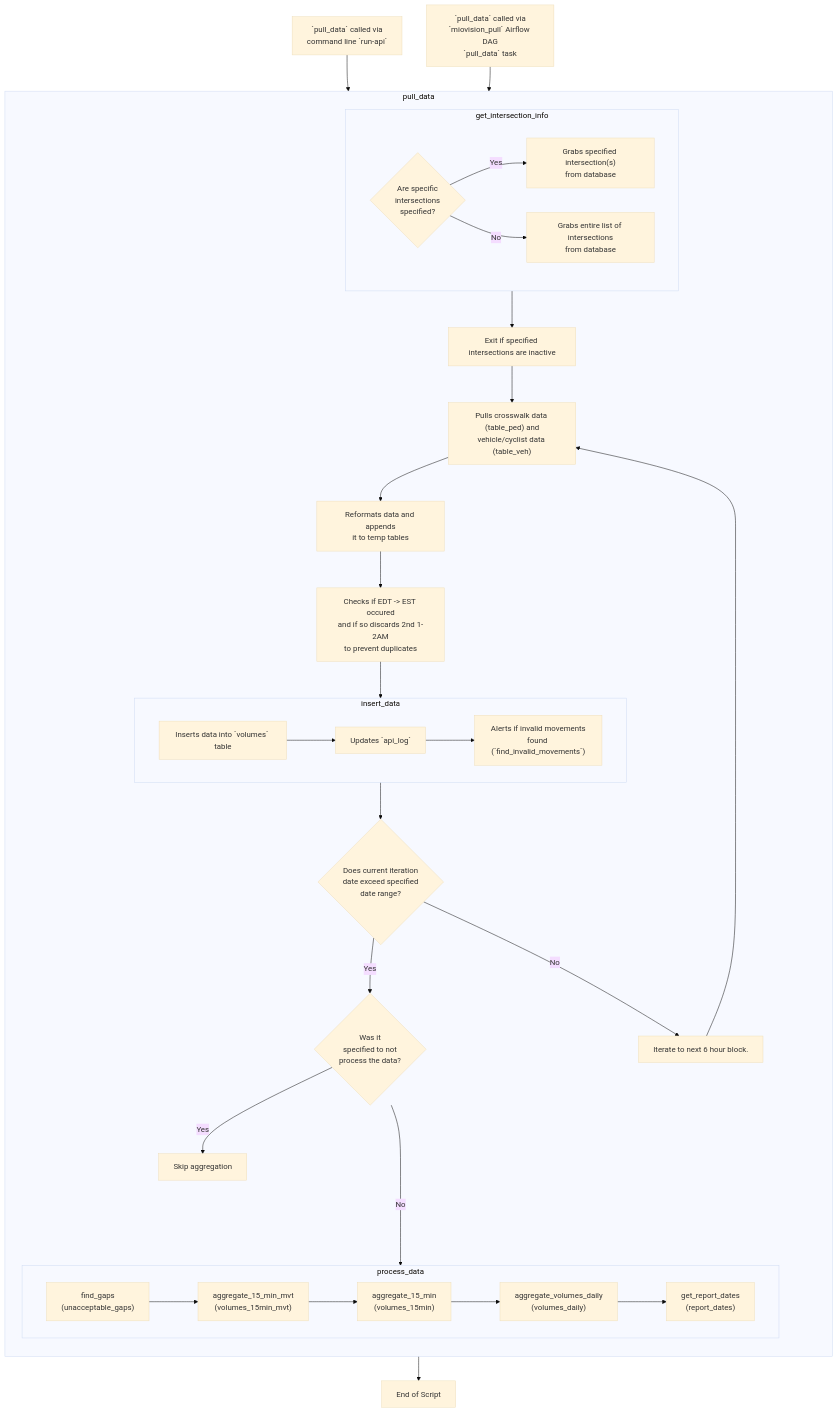
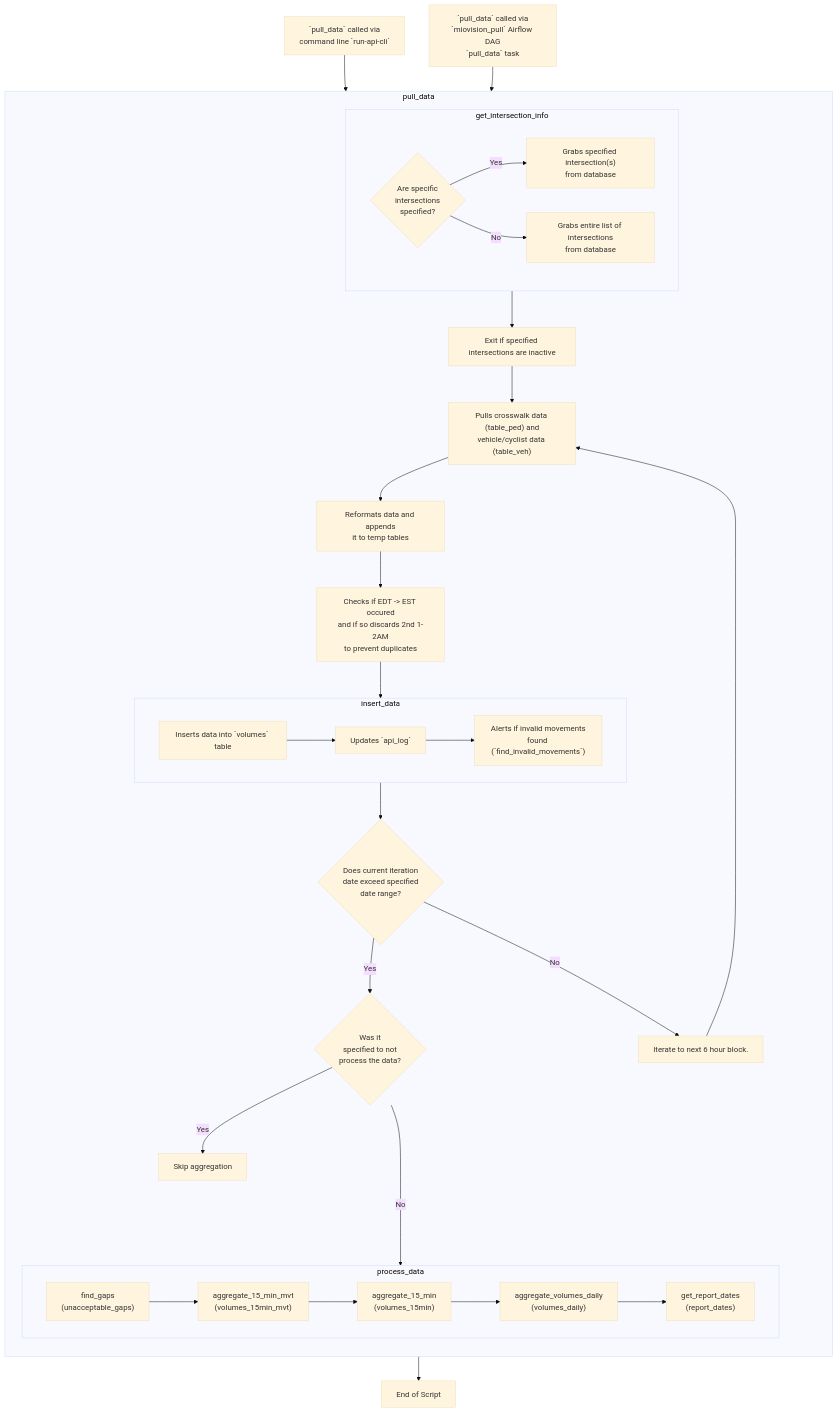
One commit to CityofToronto/bdit_data-sources changed the diagram in volumes/miovision/api/readme.md. Above: the diagram before and after it, drawn with Mermaid (base theme). The commit also changed other lines of this file and 1 other file, not shown here.

Commit message:
#967 small run-api fixes

````diff
--- a/volumes/miovision/api/readme.md
+++ b/volumes/miovision/api/readme.md
@@ -192,59 +192,59 @@
 ```mermaid
 flowchart TB
-    A[" `pull_data` called via\ncommand line `run-api`"]
+    A[" `pull_data` called via\ncommand line `run-api-cli`"]
     B[" `pull_data` called via\n`miovision_pull` Airflow DAG\n`pull_data` task"]
     A & B-->pull_data
 
     subgraph pull_data["`pull_data`" ]
         direction TB
 
         subgraph get_intersection_info["`get_intersection_info`" ]
             direction LR
             D{Are specific\nintersections\n specified?}
             E[Grabs entire list of intersections\nfrom database]
             F["Grabs specified intersection(s)\nfrom database"]
             D-->|Yes|F
             D-->|No|E            
         end
 
         exit[Exit if specified intersections are inactive]
         G["Pulls crosswalk data (table_ped) and\nvehicle/cyclist data (table_veh)"]
         H[Reformats data and appends\nit to temp tables]
         J[Checks if EDT -> EST occured\nand if so discards 2nd 1-2AM\nto prevent duplicates]
 
         subgraph insert_data["`insert_data`"]
             direction LR
             insert[Inserts data into `volumes` table]
             api_log[Updates `api_log`]
             invalid["Alerts if invalid movements\nfound (`find_invalid_movements`)"]
             insert-->api_log-->invalid
         end
 
         P{Does current iteration\ndate exceed specified\ndate range?}
         get_intersection_info-->exit-->G-->H-->J-->insert_data-->P
         
 
         Iterate[Iterate to next 6 hour block.]
         L{Was it\nspecified to not\nprocess the data?}
 
         P-->|Yes|L
         P-->|No|Iterate
         Iterate-->G
 
         subgraph process_data["`process_data`"]
             direction LR
             gaps["find_gaps\n(unacceptable_gaps)"]-->
             mvt["aggregate_15_min_mvt\n(volumes_15min_mvt)"]-->
             v15["aggregate_15_min\n(volumes_15min)"]-->
             volumes_daily["aggregate_volumes_daily\n(volumes_daily)"]-->
             report_dates["get_report_dates\n(report_dates)"]
         end
         
         L---->|No|process_data
         L-->|Yes|skip[Skip aggregation]
     end
     
     Q[End of Script]
     
     pull_data-->Q
   ```
````
